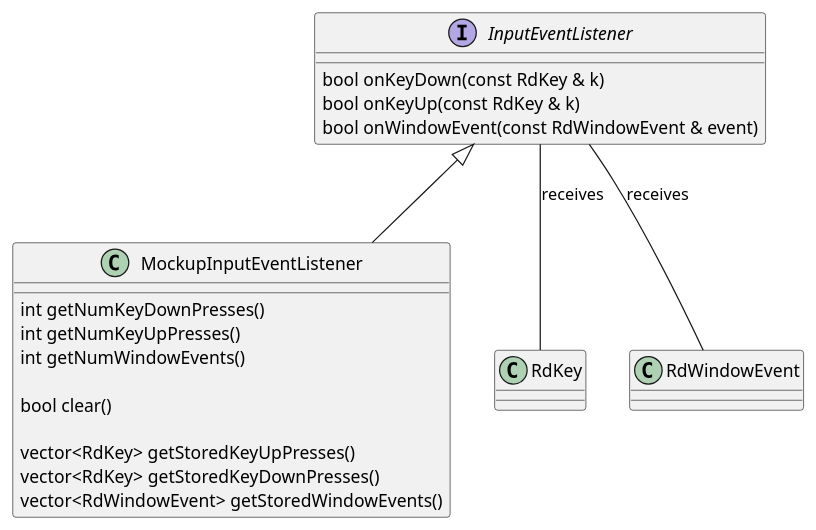
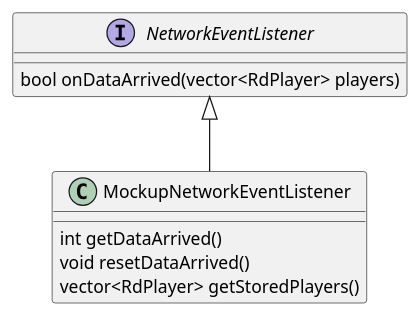
Before and after one commit to asrob-uc3m/robotDevastation-developer-manual: the diagram in en/listening-to-events.md, drawn with PlantUML. The commit also changed other lines of this file, not shown here.

Commit message:
Updates en/listening-to-events.md
Auto commit by GitBook Editor

```diff
--- a/en/listening-to-events.md
+++ b/en/listening-to-events.md
@@ -4,24 +4,13 @@
 {% plantuml %}
-interface InputEventListener {
-bool onKeyDown(const RdKey & k)
-bool onKeyUp(const RdKey & k)
-bool onWindowEvent(const RdWindowEvent & event)
+interface NetworkEventListener {
+bool onDataArrived(vector<RdPlayer> players)
 }
 
-class MockupInputEventListener {
-int getNumKeyDownPresses()
-int getNumKeyUpPresses()
-int getNumWindowEvents()
+class MockupNetworkEventListener {
+int getDataArrived()
+void resetDataArrived()
+vector<RdPlayer> getStoredPlayers()
+}
 
-bool clear()
-
-vector<RdKey> getStoredKeyUpPresses()
-vector<RdKey> getStoredKeyDownPresses()
-vector<RdWindowEvent> getStoredWindowEvents()
-}
-class RdKey
-class RdWindowEvent
-InputEventListener <|-- MockupInputEventListener
-InputEventListener -- RdKey : receives
-InputEventListener -- RdWindowEvent : receives
+NetworkEventListener <|-- MockupNetworkEventListener
 {% endplantuml %}
```
